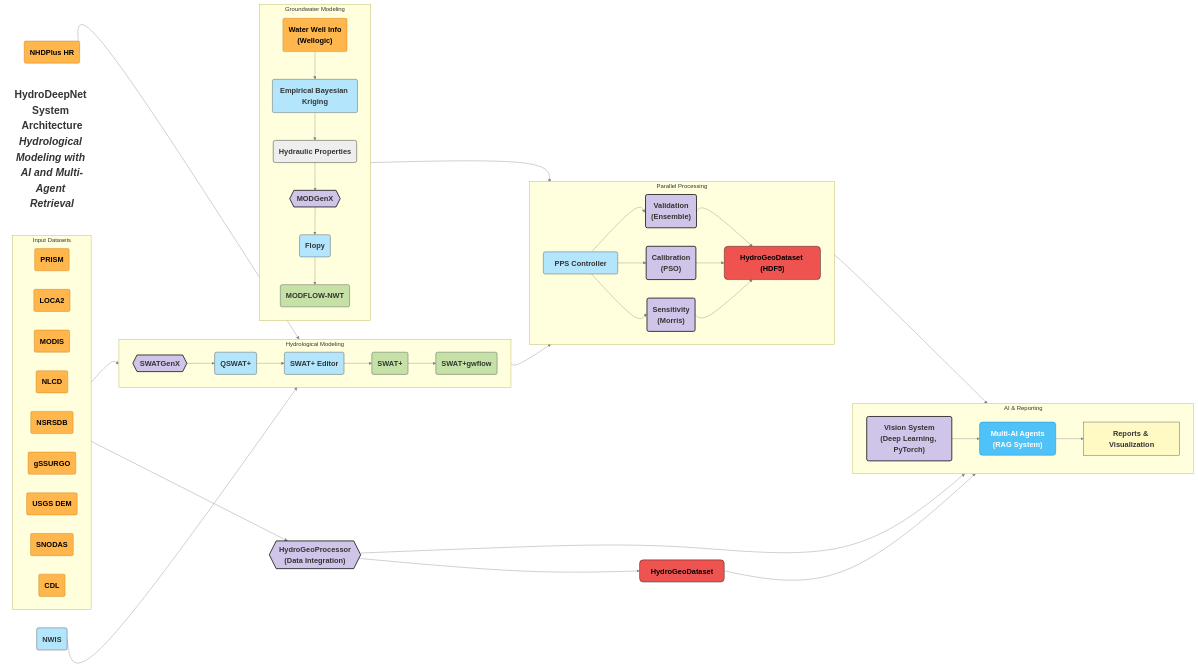
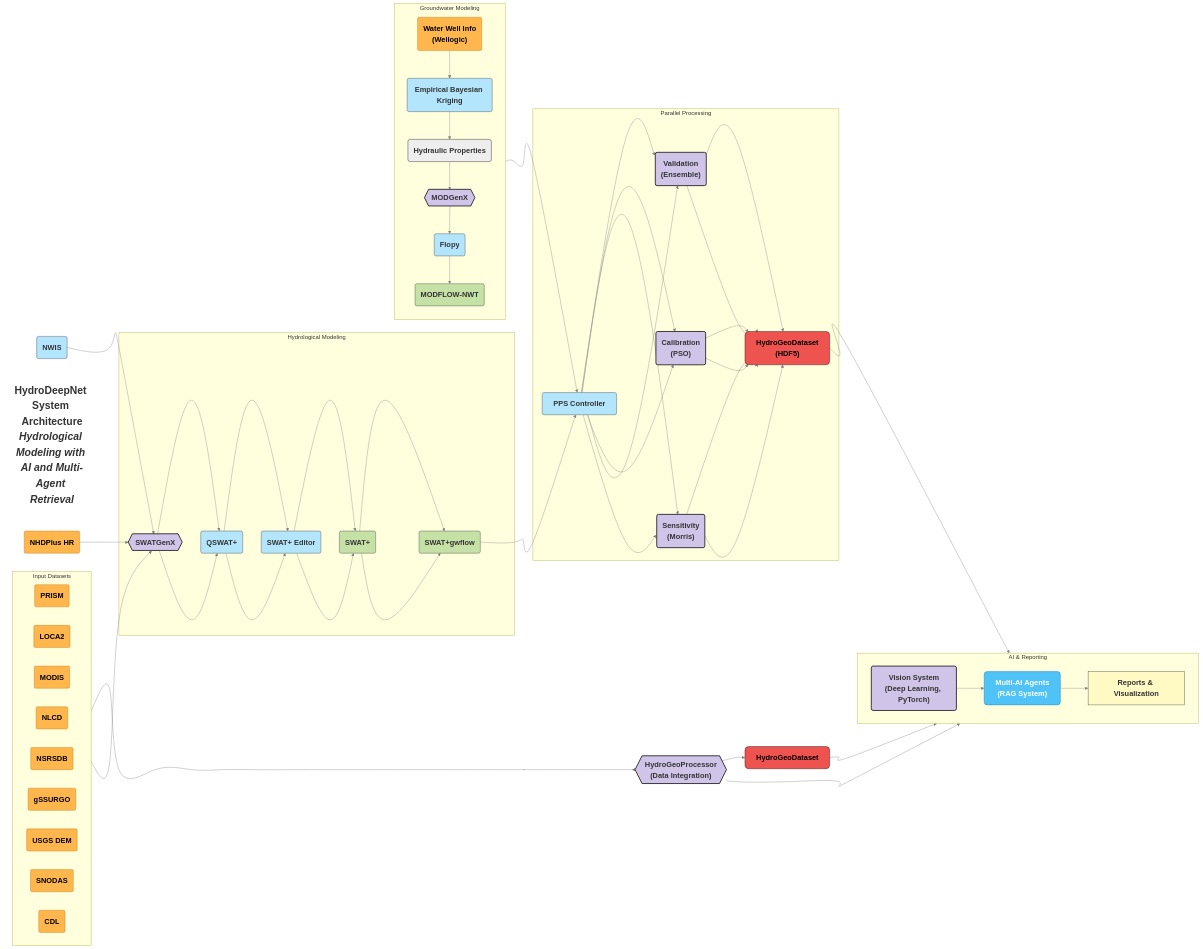
Before and after one commit to VahidMSU/HydroDeepNet: the diagram in README.md, drawn with Mermaid.

Commit message:
Fix Mermaid rendering issue

```diff
--- a/README.md
+++ b/README.md
@@ -43,14 +43,9 @@
     NWIS("NWIS"):::existing
     NHDPlusHR("NHDPlus HR"):::datasource
 
-    %% 3. HYDROLOGICAL MODELING
+    %% 3. HYDROLOGICAL MODELING - More compact arrangement
     subgraph Hydrological_Modeling["Hydrological Modeling"]
-    direction LR
-        SWATGenX{{SWATGenX}}:::developed
-        QSWATPlus("QSWAT+"):::existing
-        SWATPlusEditor("SWAT+ Editor"):::existing
-        SWATPlus("SWAT+"):::models
-        SWATPlusGwflow("SWAT+gwflow"):::models
+        SWATGenX{{SWATGenX}}:::developed --> QSWATPlus("QSWAT+"):::existing --> SWATPlusEditor("SWAT+ Editor"):::existing --> SWATPlus("SWAT+"):::models --> SWATPlusGwflow("SWAT+gwflow"):::models
     end
 
     %% GROUNDWATER MODELING
@@ -64,14 +59,12 @@
         MODFLOWNWT("MODFLOW-NWT"):::models
     end
 
-    %% 4. PARALLEL PROCESSING
+    %% 4. PARALLEL PROCESSING - More compact arrangement
     subgraph Parallel_Processing["Parallel Processing"]
-    direction LR
-        PPS["PPS Controller"]:::existing
-        Validation("Validation<br>(Ensemble)"):::developed
-        Calibration("Calibration<br>(PSO)"):::developed
-        Sensitivity("Sensitivity<br>(Morris)"):::developed
-        hydroGeoHDFCyl["HydroGeoDataset (HDF5) "]:::storage
+        PPS["PPS Controller"]:::existing --> Validation("Validation<br>(Ensemble)"):::developed
+        PPS --> Calibration("Calibration<br>(PSO)"):::developed
+        PPS --> Sensitivity("Sensitivity<br>(Morris)"):::developed
+        Validation & Calibration & Sensitivity --> hydroGeoHDFCyl["HydroGeoDataset<br>(HDF5)"]:::storage
     end
 
     %% 5. AI & REPORTING
```
